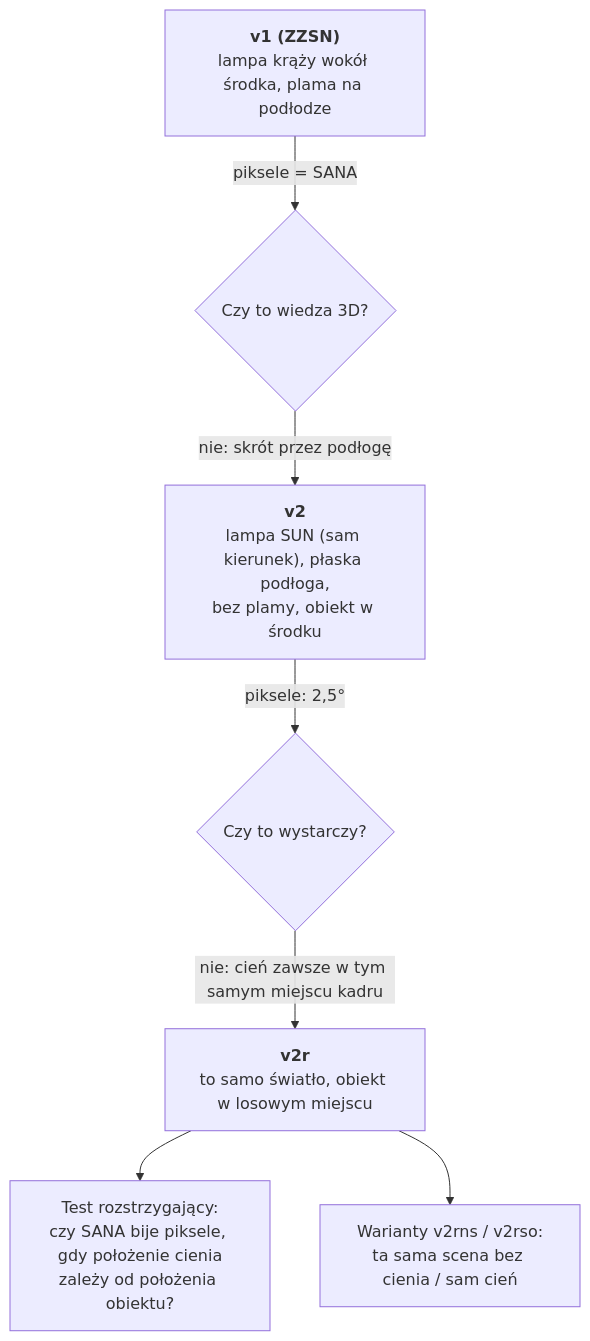
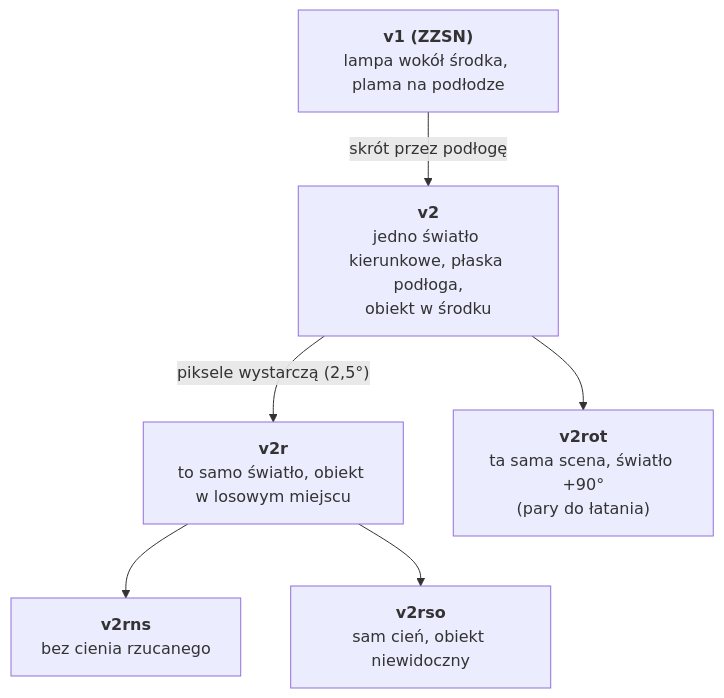
One commit to FilipLangiewicz/DoesDiffusionLearn3D changed the second of 3 diagrams in docs/STAN_PRAC.md. Above: the diagram before and after it, drawn with Mermaid. The commit also changed other lines of this file, not shown here.

````diff
--- a/docs/STAN_PRAC.md
+++ b/docs/STAN_PRAC.md
@@ -62,9 +53,8 @@
 ```mermaid
 flowchart TD
-    V1["<b>v1 (ZZSN)</b><br/>lampa krąży wokół środka, plama na podłodze"] -->|piksele = SANA| Q1{Czy to wiedza 3D?}
-    Q1 -->|nie: skrót przez podłogę| V2["<b>v2</b><br/>lampa SUN (sam kierunek), płaska podłoga,<br/>bez plamy, obiekt w środku"]
-    V2 -->|piksele: 2,5°| Q2{Czy to wystarczy?}
-    Q2 -->|nie: cień zawsze w tym samym miejscu kadru| V2R["<b>v2r</b><br/>to samo światło, obiekt w losowym miejscu"]
-    V2R --> T["Test rozstrzygający:<br/>czy SANA bije piksele, gdy położenie cienia<br/>zależy od położenia obiektu?"]
-    V2R --> V["Warianty v2rns / v2rso:<br/>ta sama scena bez cienia / sam cień"]
+    V1["<b>v1 (ZZSN)</b><br/>lampa wokół środka, plama na podłodze"] -->|"skrót przez podłogę"| V2["<b>v2</b><br/>jedno światło kierunkowe, płaska podłoga,<br/>obiekt w środku"]
+    V2 -->|"piksele wystarczą (2,5°)"| V2R["<b>v2r</b><br/>to samo światło, obiekt w losowym miejscu"]
+    V2R --> NS["<b>v2rns</b><br/>bez cienia rzucanego"]
+    V2R --> SO["<b>v2rso</b><br/>sam cień, obiekt niewidoczny"]
+    V2 --> ROT["<b>v2rot</b><br/>ta sama scena, światło +90°<br/>(pary do łatania)"]
 ```
````
